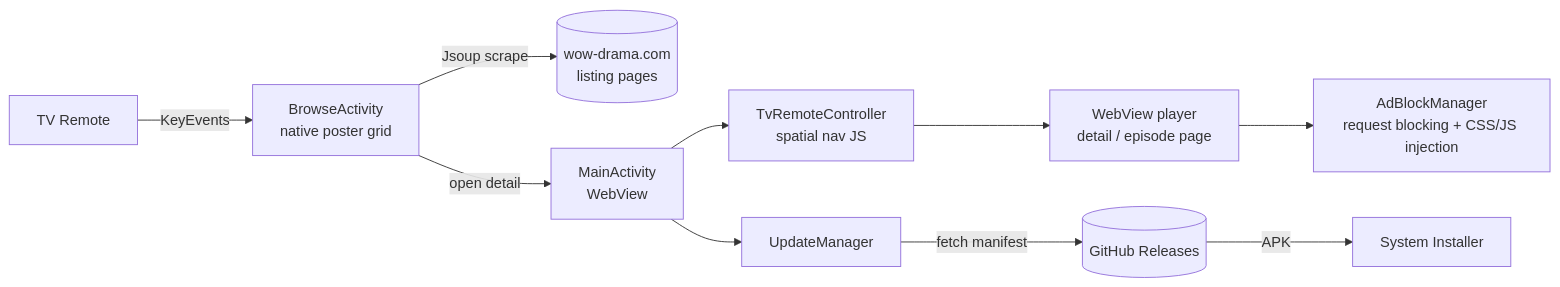
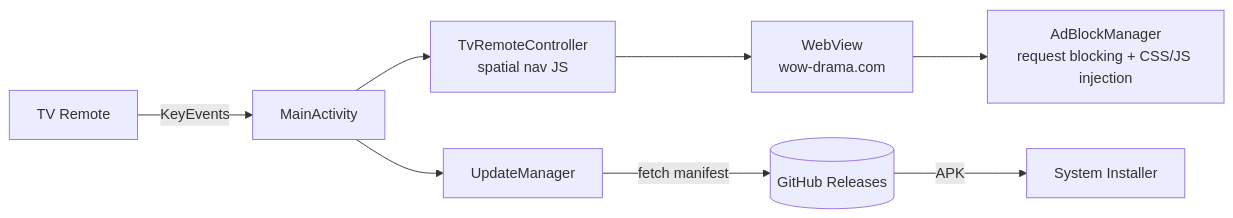
Before and after one commit to Thanatad/WOW-Drama-TV: the diagram in README.md, drawn with Mermaid. The commit also changed other lines of this file, not shown here.

Commit message:
docs: remove references to reverted native browse grid; document update center and Back-in-fullscreen behavior

````diff
--- a/README.md
+++ b/README.md
@@ -114,12 +111,10 @@
 ```mermaid
 flowchart LR
-    A[TV Remote] -->|KeyEvents| B[BrowseActivity<br/>native poster grid]
-    B -->|Jsoup scrape| C[(wow-drama.com<br/>listing pages)]
-    B -->|open detail| D[MainActivity<br/>WebView]
-    D --> E[TvRemoteController<br/>spatial nav JS]
-    E --> F[WebView player<br/>detail / episode page]
-    F --> G[AdBlockManager<br/>request blocking + CSS/JS injection]
-    D --> H[UpdateManager]
-    H -->|fetch manifest| I[(GitHub Releases)]
-    I -->|APK| J[System Installer]
+    A[TV Remote] -->|KeyEvents| B[MainActivity]
+    B --> C[TvRemoteController<br/>spatial nav JS]
+    C --> D[WebView<br/>wow-drama.com]
+    D --> E[AdBlockManager<br/>request blocking + CSS/JS injection]
+    B --> F[UpdateManager]
+    F -->|fetch manifest| G[(GitHub Releases)]
+    G -->|APK| H[System Installer]
 ```
````
